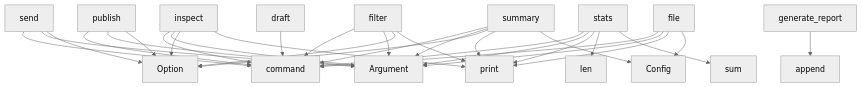
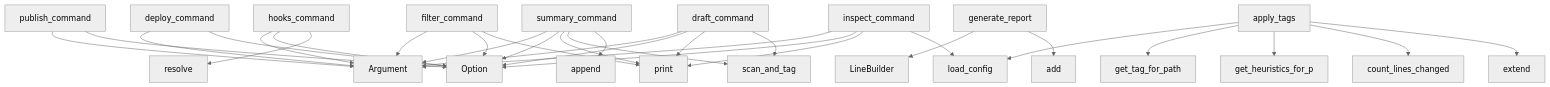
Before and after one commit to semcod/tagi: the diagram in project/context.md, drawn with Mermaid (neutral theme). The commit also changed other lines of this file and 17 other files, not shown here.

````diff
--- a/project/context.md
+++ b/project/context.md
@@ -506,33 +500,33 @@
 ```mermaid
 graph TD
-    send --> command
-    send --> Argument
-    send --> Option
-    publish --> command
-    publish --> Argument
-    publish --> Option
-    stats --> command
-    stats --> Argument
-    stats --> print
-    stats --> len
-    stats --> sum
-    inspect --> command
-    inspect --> Argument
-    inspect --> Option
-    inspect --> print
-    filter --> command
-    filter --> Argument
-    filter --> Option
-    filter --> print
-    summary --> command
-    summary --> Argument
-    summary --> Option
-    summary --> print
-    summary --> Config
-    file --> command
-    file --> Argument
-    file --> print
-    file --> Config
-    generate_report --> append
-    draft --> command
+    publish_command --> Argument
+    publish_command --> Option
+    summary_command --> Argument
+    summary_command --> Option
+    summary_command --> print
+    summary_command --> scan_and_tag
+    summary_command --> append
+    hooks_command --> Argument
+    hooks_command --> Option
+    hooks_command --> resolve
+    generate_report --> LineBuilder
+    generate_report --> add
+    deploy_command --> Argument
+    deploy_command --> Option
+    inspect_command --> Argument
+    inspect_command --> Option
+    inspect_command --> print
+    inspect_command --> load_config
+    draft_command --> Argument
+    draft_command --> Option
+    draft_command --> print
+    draft_command --> scan_and_tag
+    filter_command --> Argument
+    filter_command --> Option
+    filter_command --> print
+    apply_tags --> load_config
+    apply_tags --> get_tag_for_path
+    apply_tags --> get_heuristics_for_p
+    apply_tags --> count_lines_changed
+    apply_tags --> extend
 ```
````
